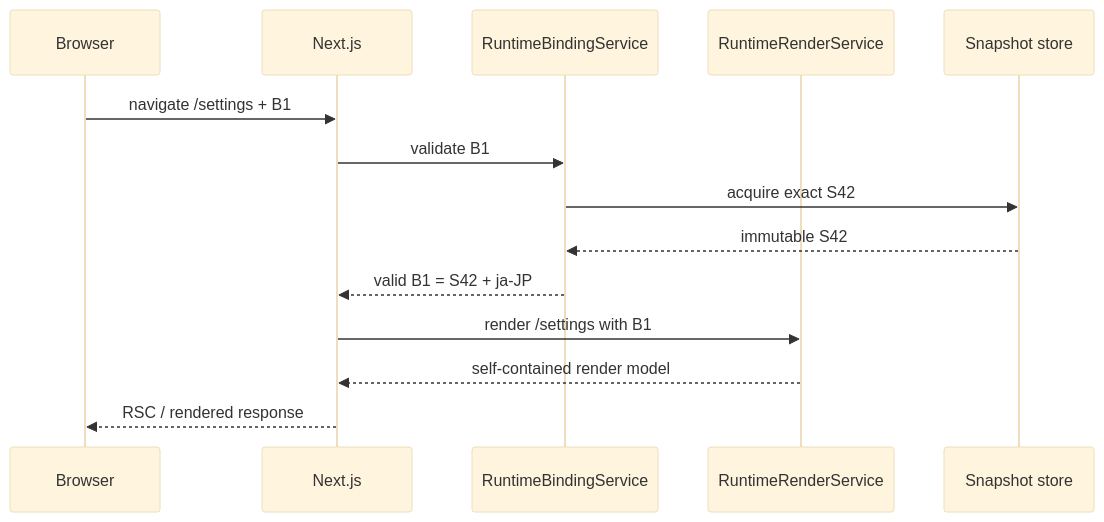
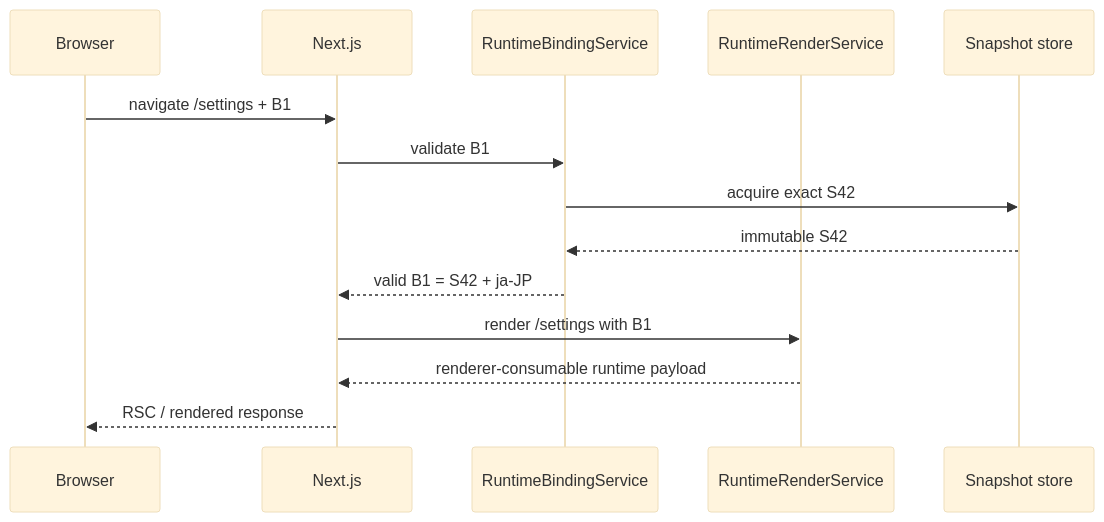
One commit to taskmigo/docs changed the fifth of 13 diagrams in content/versions/v0/developer/resource-runtime.mdx. Above: the diagram before and after it, drawn with Mermaid (base theme). The commit also changed other lines of this file, not shown here.

Commit message:
docs: link runtime implementation to incremental graph design

````diff
--- a/content/versions/v0/developer/resource-runtime.mdx
+++ b/content/versions/v0/developer/resource-runtime.mdx
@@ -121,17 +121,17 @@
 ```mermaid
 sequenceDiagram
   participant Browser
   participant Next as Next.js
   participant Binding as RuntimeBindingService
   participant Render as RuntimeRenderService
   participant Store as Snapshot store
 
   Browser->>Next: navigate /settings + B1
   Next->>Binding: validate B1
   Binding->>Store: acquire exact S42
   Store-->>Binding: immutable S42
   Binding-->>Next: valid B1 = S42 + ja-JP
   Next->>Render: render /settings with B1
-  Render-->>Next: self-contained render model
+  Render-->>Next: renderer-consumable runtime payload
   Next-->>Browser: RSC / rendered response
 ```
````
